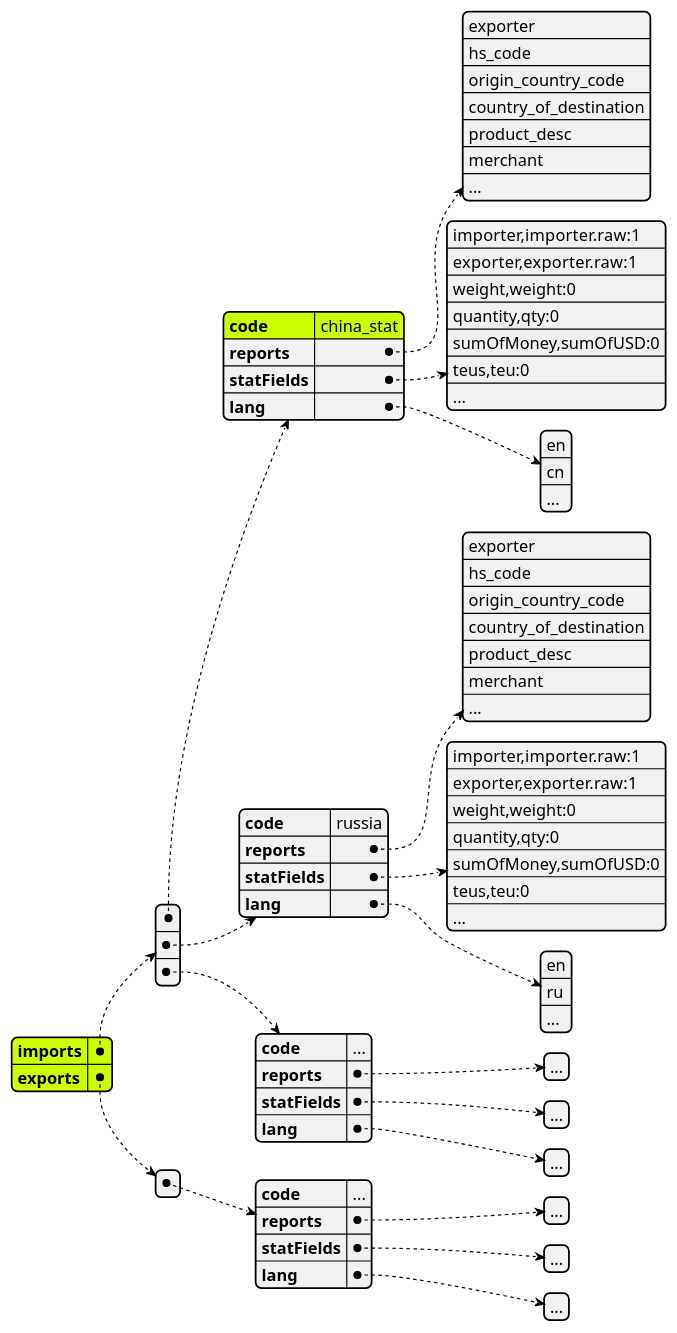
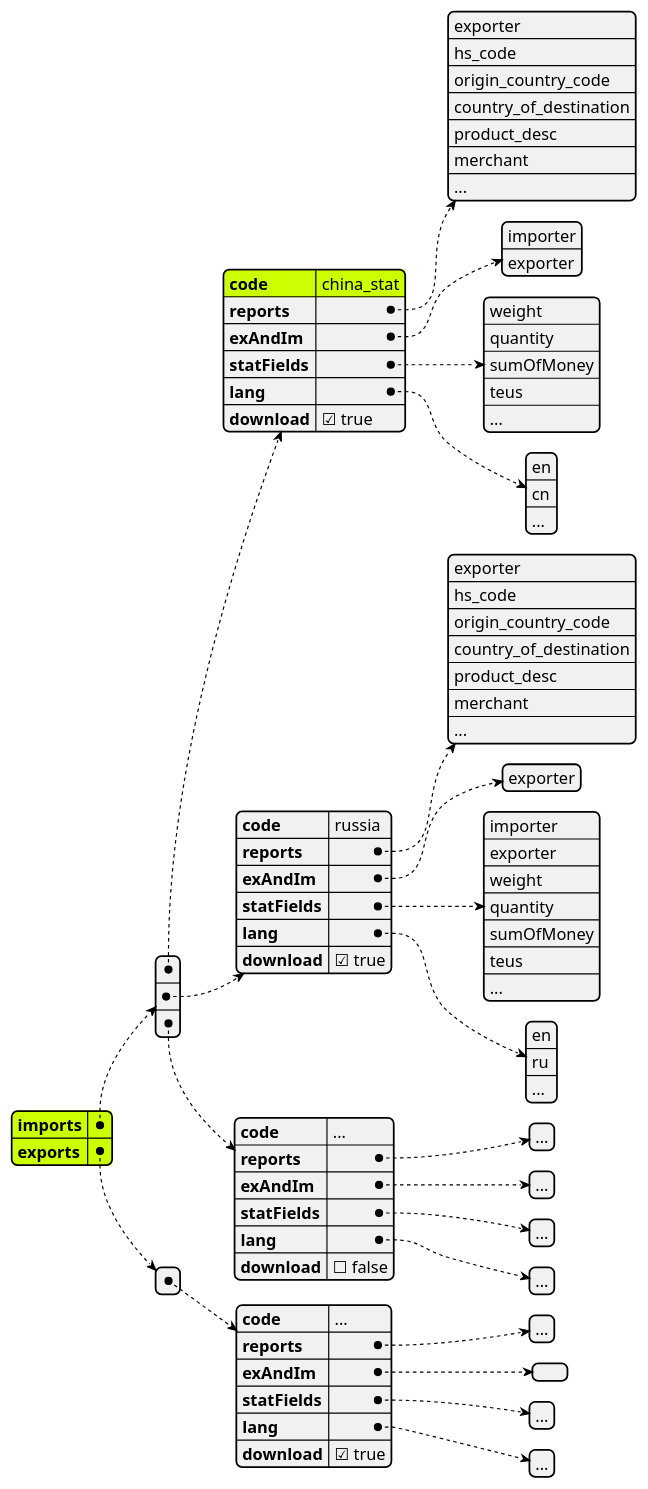
One commit to lwpk110/tendata-assets changed the diagram in plantuml/tradec/ds_config.puml. Above: the diagram before and after it, drawn with PlantUML. The commit also changed 3 other files, not shown here.

```diff
--- a/plantuml/tradec/ds_config.puml
+++ b/plantuml/tradec/ds_config.puml
@@ -1,105 +1,118 @@
 @startjson
 ' <style>
 ' jsonDiagram {
 '   node {
 '     BackGroundColor Khaki
 '     LineColor lightblue
 '     FontName Helvetica
 '     FontColor red
 '     FontSize 18
 '     FontStyle bold
 '     RoundCorner 0
 '     LineThickness 2
 '     LineStyle 10;5
 '     separator {
 '       LineThickness 0.5
 '       LineColor black
 '       LineStyle 1;5
 '     }
 '   }
 '   arrow {
 '     BackGroundColor lightblue
 '     LineColor green
 '     LineThickness 2
 '     LineStyle 2;5
 '   }
 '   highlight {
 '     BackGroundColor red
 '     FontColor white
 '     FontStyle italic
 '   }
 ' }
 ' </style>
 #highlight "imports"
 #highlight "imports" / "0" / "code" 
 #highlight "exports"
 ' #highlight "address" / "city"
 ' #highlight "phoneNumbers" / "0" / "number"
 {
 	"imports": [{
 			"code": "china_stat",
 			"reports": [
 				"exporter",
 				"hs_code",
 				"origin_country_code",
 				"country_of_destination",
 				"product_desc",
 				"merchant",
 				"..."
 			],
+			"exAndIm":[
+				"importer",
+				"exporter"
+				],
 			"statFields": [
-				"importer,importer.raw:1",
-				"exporter,exporter.raw:1",
-				"weight,weight:0",
-				"quantity,qty:0",
-				"sumOfMoney,sumOfUSD:0",
-				"teus,teu:0",
+				"weight",
+				"quantity",
+				"sumOfMoney",
+				"teus",
 				"..."
 			],
 			"lang": [
 				"en",
 				"cn",
 				"..."
-			]
+			],
+			"download": true
 		},
 		{
 			"code": "russia",
 			"reports": [
 				"exporter",
 				"hs_code",
 				"origin_country_code",
 				"country_of_destination",
 				"product_desc",
 				"merchant",
 				"..."
 			],
+			"exAndIm":[
+				"exporter"
+				],
 			"statFields": [
-				"importer,importer.raw:1",
-				"exporter,exporter.raw:1",
-				"weight,weight:0",
-				"quantity,qty:0",
-				"sumOfMoney,sumOfUSD:0",
-				"teus,teu:0",
+				"importer",
+				"exporter",
+				"weight",
+				"quantity",
+				"sumOfMoney",
+				"teus",
 				"..."
 			],
 			"lang": [
 				"en",
 				"ru",
 				"..."
-			]
+			],
+			"download": true
+
 		},
 		{
 			"code": "...",
 			"reports": ["..."],
+			"exAndIm":["..."],
 			"statFields": ["..."],
-			"lang": ["..."]
+			"lang": ["..."],
+			"download": false
+
 		}
 	],
 	"exports": [{
 		"code": "...",
 		"reports": ["..."],
+		"exAndIm":[],
 		"statFields": ["..."],
-		"lang": ["..."]
+		"lang": ["..."],
+		"download": true
 	}]
 }
 @endjson
```
